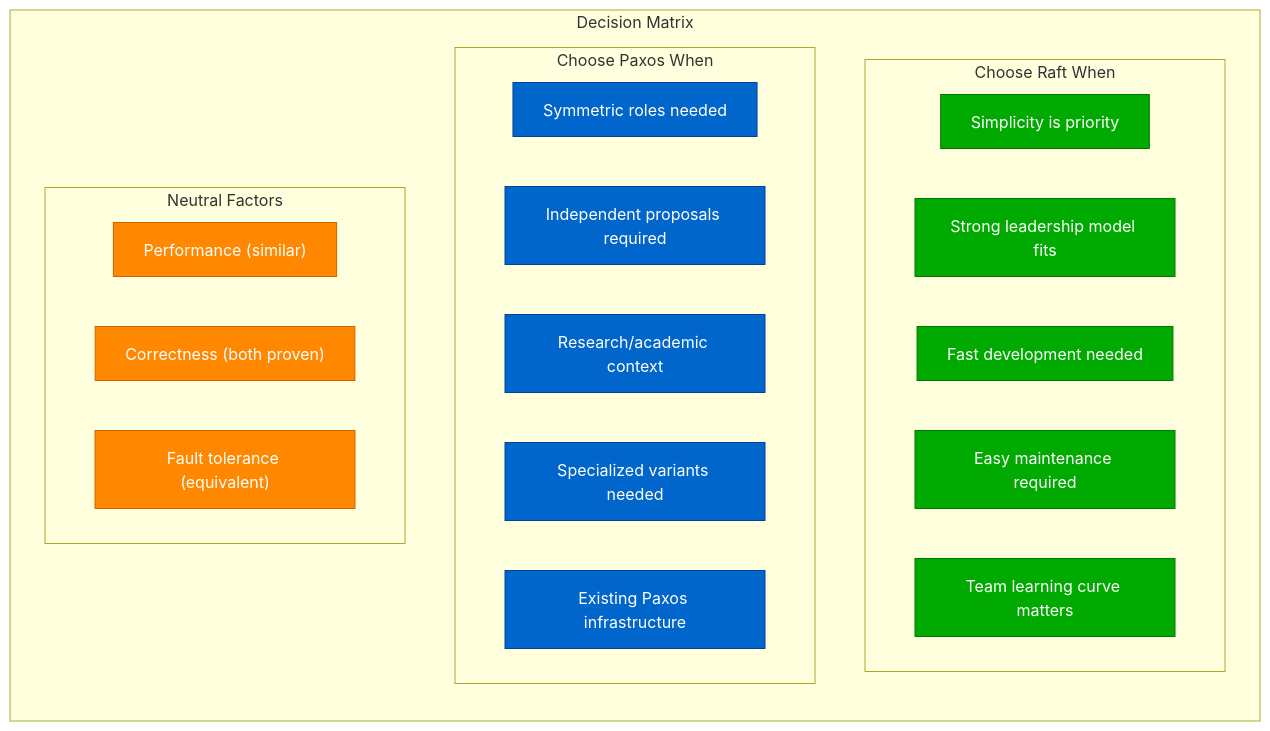
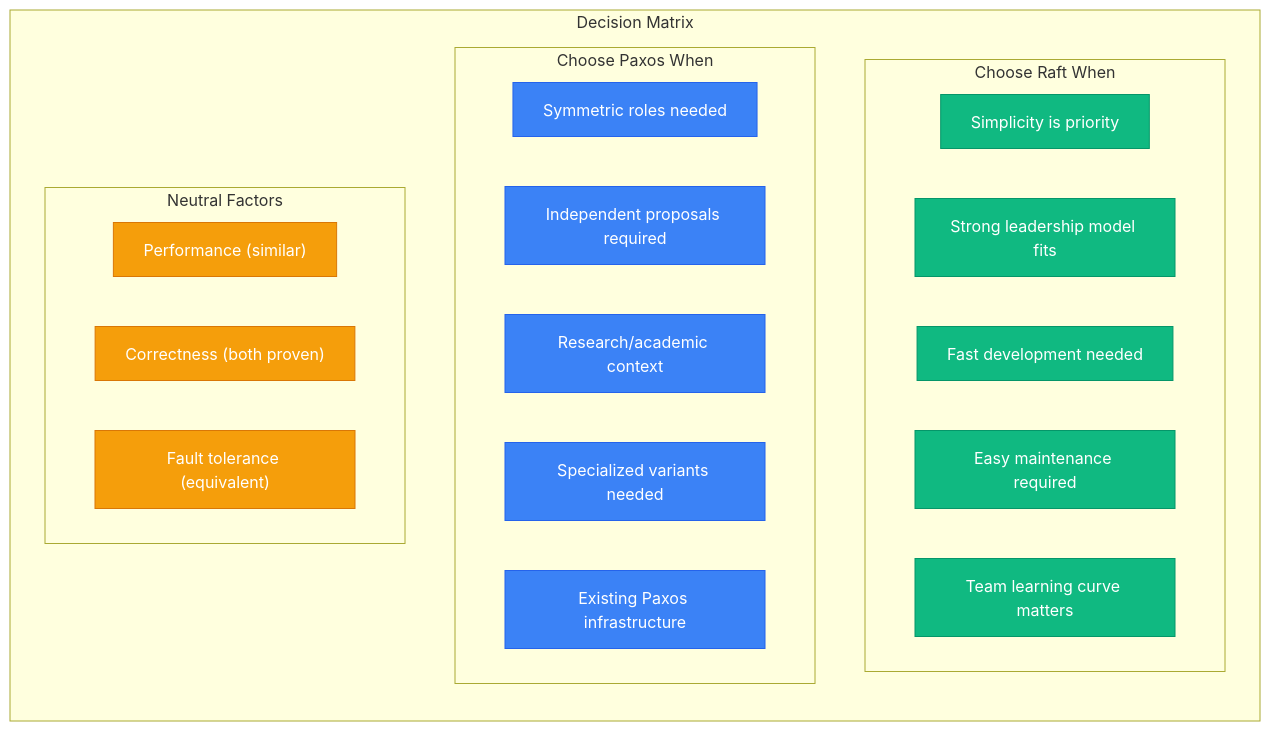
Before and after one commit to deepaucksharma/DS: the ninth of 9 diagrams in site/docs/mechanisms/consensus/raft-vs-paxos.md, drawn with Mermaid. The commit also changed other lines of this file and 303 other files, not shown here.

````diff
--- a/site/docs/mechanisms/consensus/raft-vs-paxos.md
+++ b/site/docs/mechanisms/consensus/raft-vs-paxos.md
@@ -352,35 +352,35 @@
 ```mermaid
 graph LR
     subgraph "Decision Matrix"
         subgraph "Choose Raft When"
             R_SIMPLE_REQ["Simplicity is priority"]
             R_STRONG_LEAD["Strong leadership model fits"]
             R_FAST_DEV["Fast development needed"]
             R_MAINTENANCE["Easy maintenance required"]
             R_EDUCATION["Team learning curve matters"]
         end
 
         subgraph "Choose Paxos When"
             P_SYMMETRIC["Symmetric roles needed"]
             P_INDEPENDENT["Independent proposals required"]
             P_RESEARCH["Research/academic context"]
             P_SPECIALIZED["Specialized variants needed"]
             P_EXISTING["Existing Paxos infrastructure"]
         end
 
         subgraph "Neutral Factors"
             PERFORMANCE["Performance (similar)"]
             CORRECTNESS["Correctness (both proven)"]
             FAULT_TOL["Fault tolerance (equivalent)"]
         end
     end
 
     %% Apply colors based on recommendation
-    classDef serviceStyle fill:#00AA00,stroke:#007700,color:#fff
-    classDef edgeStyle fill:#0066CC,stroke:#004499,color:#fff
-    classDef stateStyle fill:#FF8800,stroke:#CC6600,color:#fff
+    classDef serviceStyle fill:#10B981,stroke:#059669,color:#fff
+    classDef edgeStyle fill:#3B82F6,stroke:#2563EB,color:#fff
+    classDef stateStyle fill:#F59E0B,stroke:#D97706,color:#fff
 
     class R_SIMPLE_REQ,R_STRONG_LEAD,R_FAST_DEV,R_MAINTENANCE,R_EDUCATION serviceStyle
     class P_SYMMETRIC,P_INDEPENDENT,P_RESEARCH,P_SPECIALIZED,P_EXISTING edgeStyle
     class PERFORMANCE,CORRECTNESS,FAULT_TOL stateStyle
 ```
````
